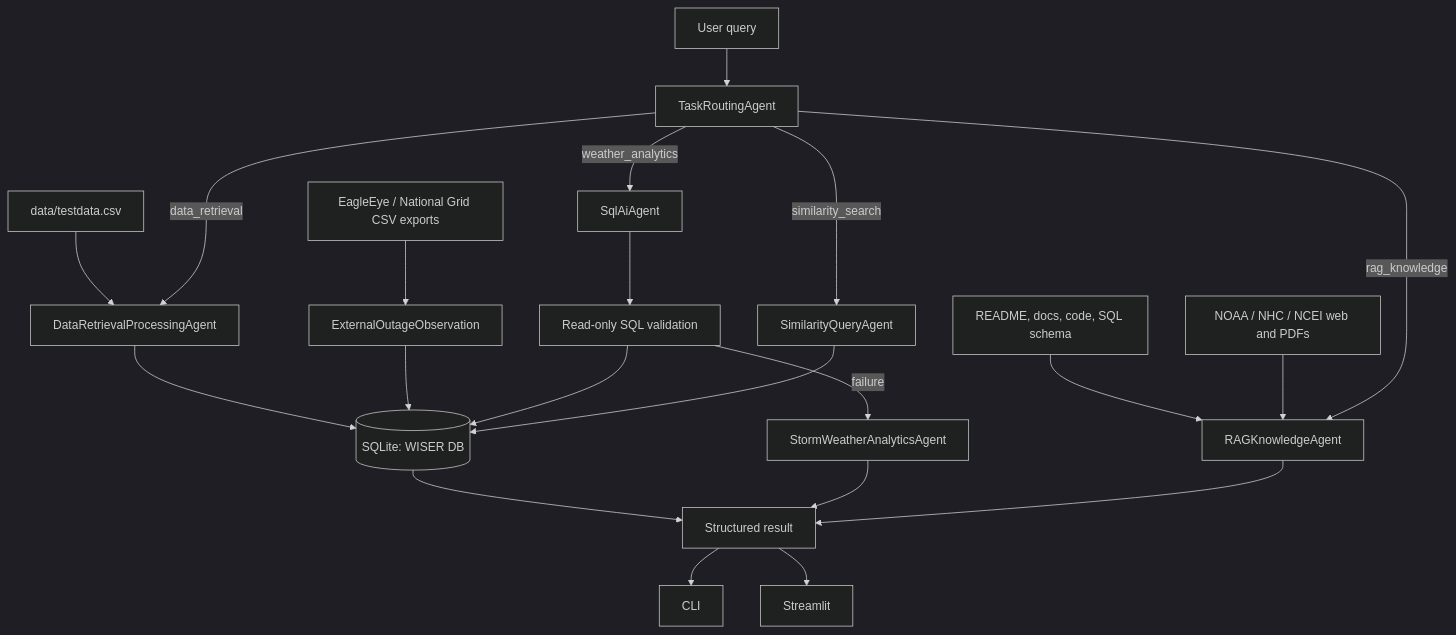
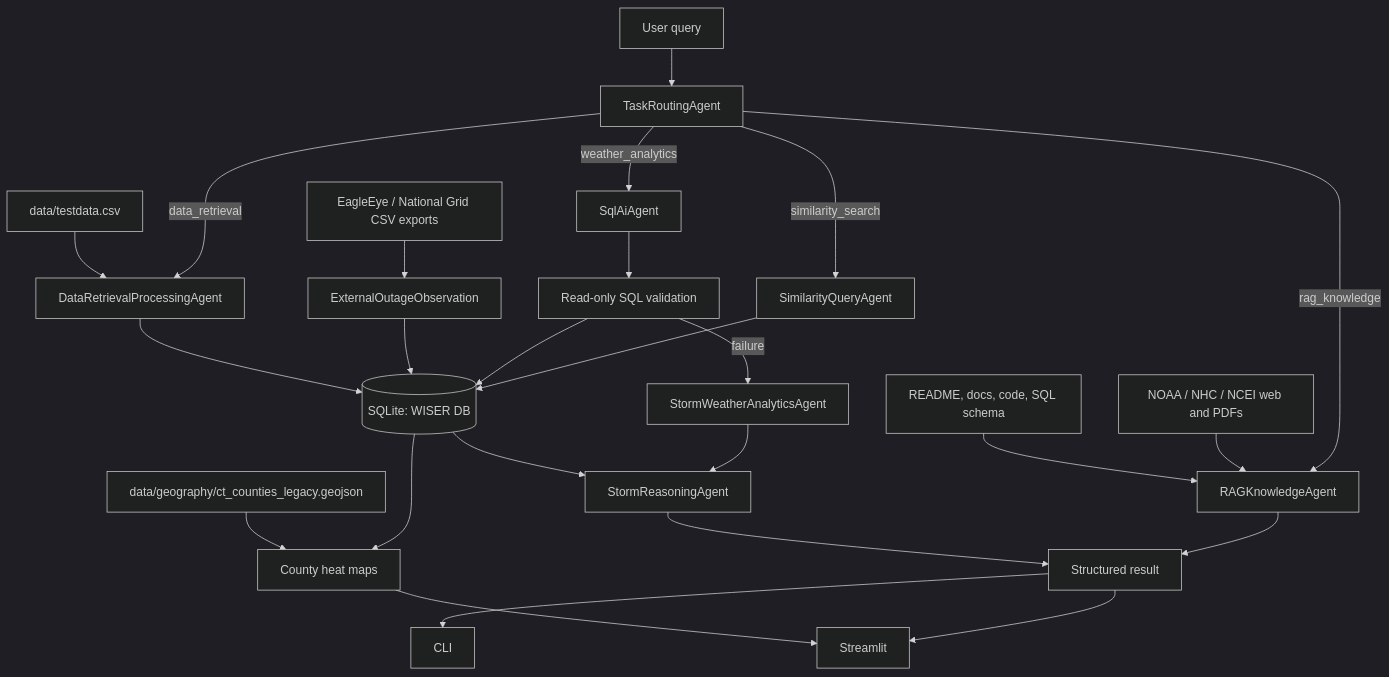
The diagram in docs/WISER_DOCUMENTATION.md (jgb23002/WISER), drawn with Mermaid (dark theme) before and after one commit. The commit also changed other lines of this file and 20 other files, not shown here.

Commit message:
save changes of the heat maps and AI reasoning

````diff
--- a/docs/WISER_DOCUMENTATION.md
+++ b/docs/WISER_DOCUMENTATION.md
@@ -7,23 +7,27 @@
 ```mermaid
 flowchart TD
     CSV[data/testdata.csv] --> PIPE[DataRetrievalProcessingAgent]
     PIPE --> DB[(SQLite: WISER DB)]
     EXT[EagleEye / National Grid CSV exports] --> STAGE[ExternalOutageObservation]
     STAGE --> DB
     DOCS[README, docs, code, SQL schema] --> RAG[RAGKnowledgeAgent]
     WEB[NOAA / NHC / NCEI web and PDFs] --> RAG
     Q[User query] --> ROUTER[TaskRoutingAgent]
     ROUTER -->|data_retrieval| PIPE
     ROUTER -->|weather_analytics| SQLAI[SqlAiAgent]
     SQLAI --> VALIDATE[Read-only SQL validation]
     VALIDATE --> DB
     VALIDATE -->|failure| FALLBACK[StormWeatherAnalyticsAgent]
+    DB --> REASON[StormReasoningAgent]
+    FALLBACK --> REASON
+    GEO[data/geography/ct_counties_legacy.geojson] --> VIZ[County heat maps]
+    DB --> VIZ
     ROUTER -->|similarity_search| SIM[SimilarityQueryAgent]
     SIM --> DB
     ROUTER -->|rag_knowledge| RAG
-    DB --> OUT[Structured result]
-    FALLBACK --> OUT
+    REASON --> OUT[Structured result]
+    VIZ --> UI[Streamlit]
     RAG --> OUT
     OUT --> CLI[CLI]
     OUT --> UI[Streamlit]
 ```
````
